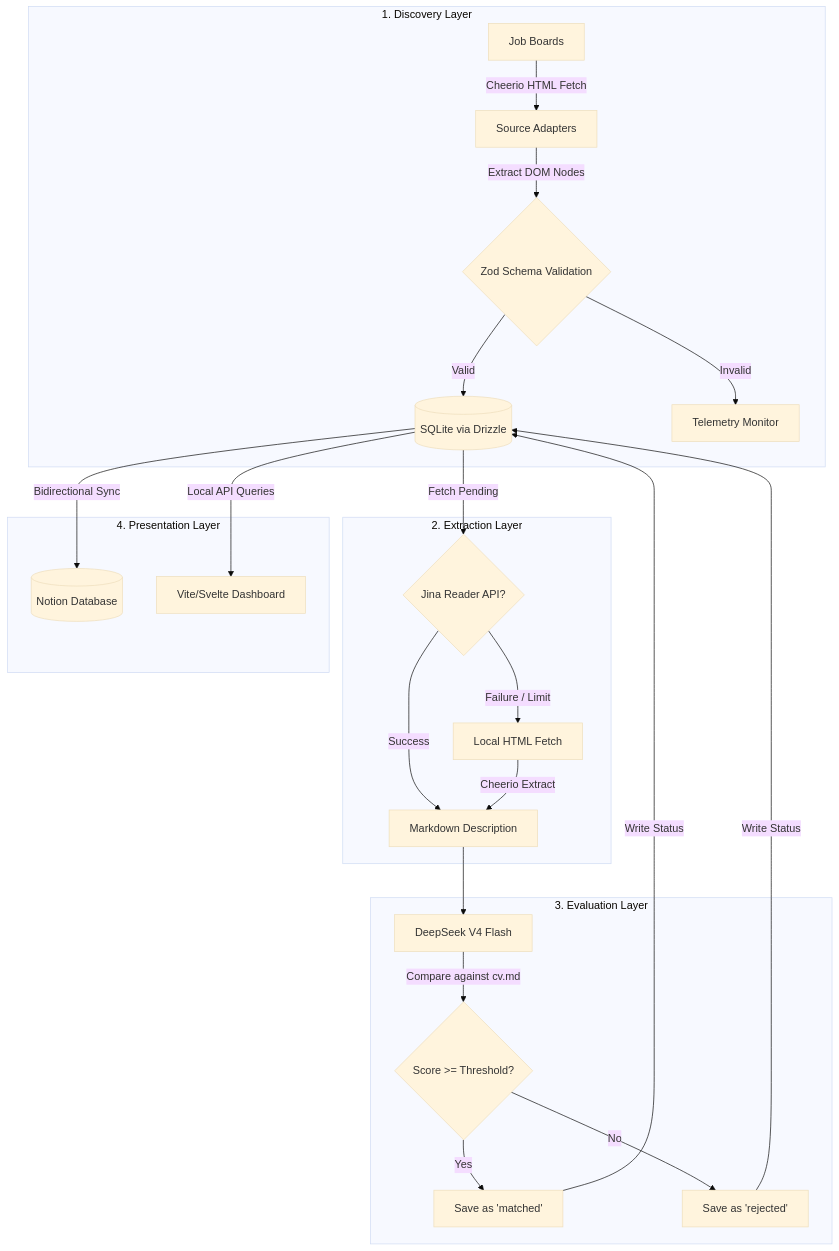
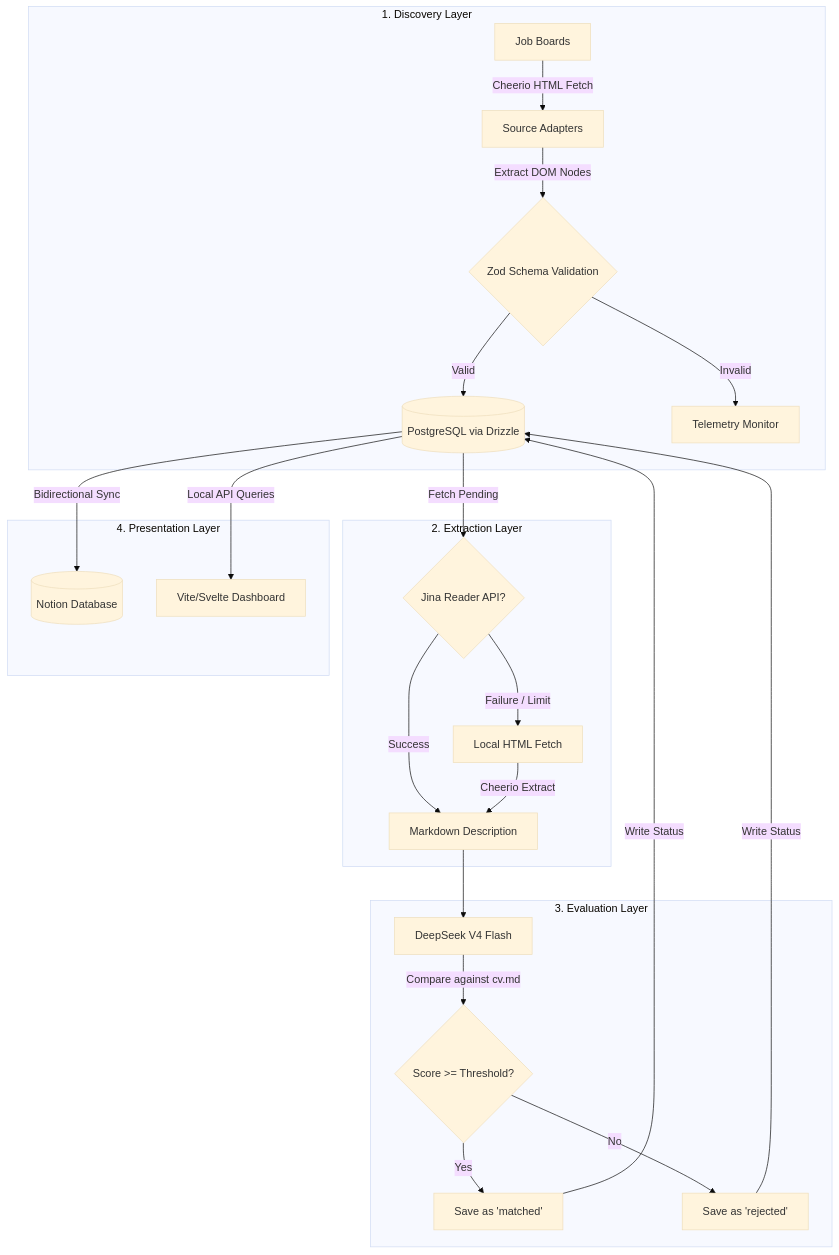
One commit to dandrok/jobetl changed the diagram in README.md. Above: the diagram before and after it, drawn with Mermaid (base theme). The commit also changed other lines of this file and 2 other files, not shown here.

````diff
--- a/README.md
+++ b/README.md
@@ -58,30 +58,30 @@
 ```mermaid
 flowchart TD
     subgraph Discovery [1. Discovery Layer]
         A[Job Boards] -->|Cheerio HTML Fetch| B[Source Adapters]
         B -->|Extract DOM Nodes| C{Zod Schema Validation}
-        C -->|Valid| D[(SQLite via Drizzle)]
+        C -->|Valid| D[(PostgreSQL via Drizzle)]
         C -->|Invalid| E[Telemetry Monitor]
     end
 
     subgraph Extraction [2. Extraction Layer]
         D -->|Fetch Pending| F{Jina Reader API?}
         F -->|Success| G[Markdown Description]
         F -->|Failure / Limit| H[Local HTML Fetch]
         H -->|Cheerio Extract| G
     end
 
     subgraph Intelligence [3. Evaluation Layer]
         G --> DS[DeepSeek V4 Flash]
         DS -->|Compare against cv.md| I{Score >= Threshold?}
         I -->|Yes| J[Save as 'matched']
         I -->|No| K[Save as 'rejected']
         J -->|Write Status| D
         K -->|Write Status| D
     end
 
     subgraph Presentation [4. Presentation Layer]
         D -->|Bidirectional Sync| L[(Notion Database)]
         D -->|Local API Queries| M[Vite/Svelte Dashboard]
     end
 ```
````
